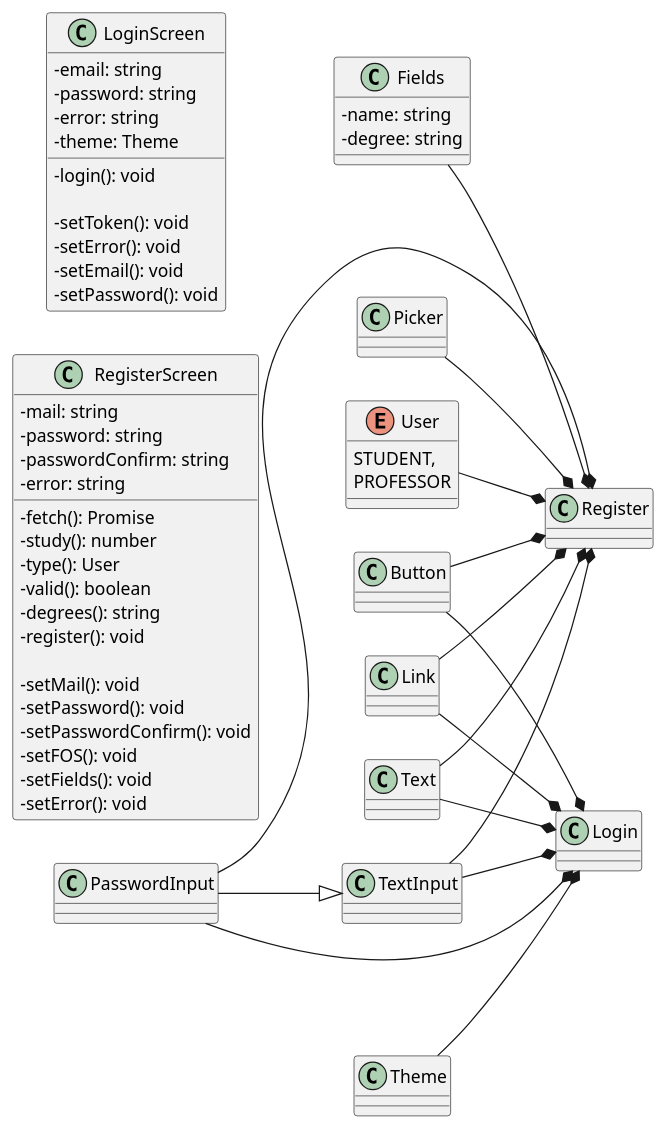
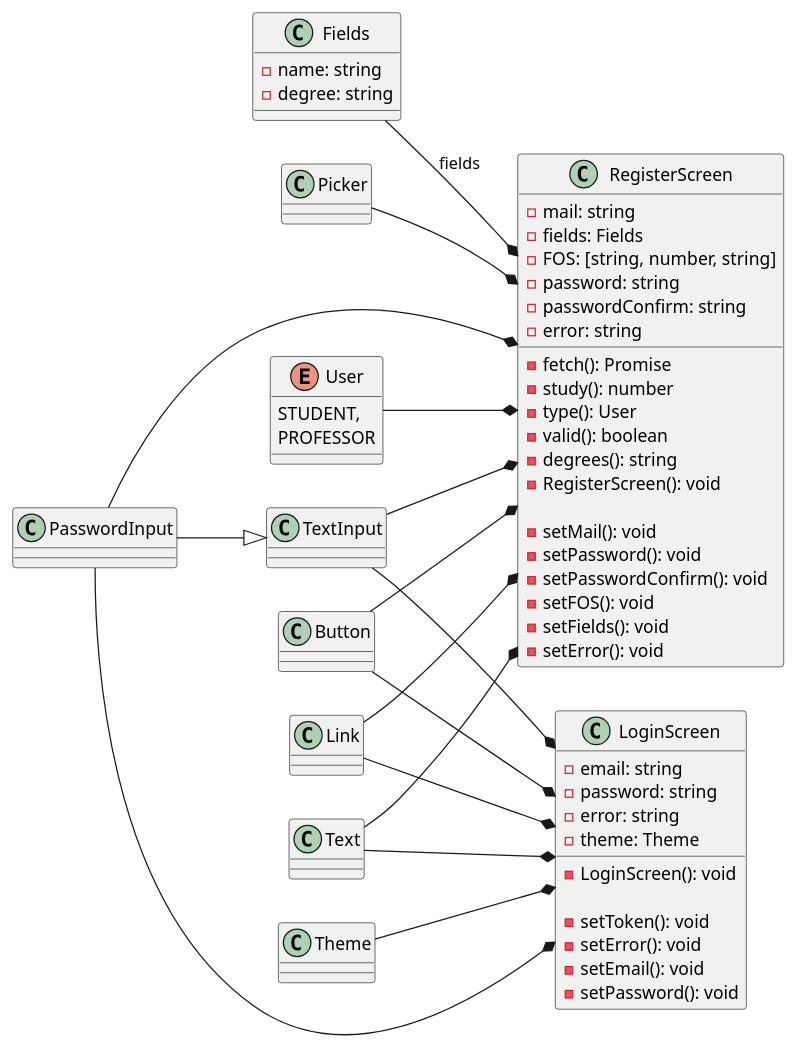
Before and after one commit to Singh-Kiran-P/StuNet: the diagram in Diagrams/Class_Diagrams/Frontend_Diagrams/Auth.puml, drawn with PlantUML. The commit also changed 3 other files, not shown here.

Commit message:
Refactor frontend diagrams

```diff
--- a/Diagrams/Class_Diagrams/Frontend_Diagrams/Auth.puml
+++ b/Diagrams/Class_Diagrams/Frontend_Diagrams/Auth.puml
@@ -1,76 +1,77 @@
 @startuml Auth
-skinparam classAttributeIconSize 0
 left to right direction
 
 class Fields {
 	-name: string
 	-degree: string
 }
 
 class Picker
 class Button
 class TextInput
 class PasswordInput
 class Link
 class Text 
 enum User {
 	STUDENT,
 	PROFESSOR
 }
 
 class RegisterScreen {
 	-mail: string
+	-fields: Fields
+	-FOS: [string, number, string]
 	-password: string
 	-passwordConfirm: string
 	-error: string
 
 	-fetch(): Promise
 	-study(): number
 	-type(): User
 	-valid(): boolean
 	-degrees(): string
-	-register(): void
+	-RegisterScreen(): void
 
 	-setMail(): void
 	-setPassword(): void
 	-setPasswordConfirm(): void
 	-setFOS(): void
 	-setFields(): void
 	-setError(): void
 }
 
 class Theme
 class LoginScreen {
 	-email: string
 	-password: string
 	-error: string
 	-theme: Theme
 
-	-login(): void
+	-LoginScreen(): void
 	
 	-setToken(): void
 	-setError(): void
 	-setEmail(): void
 	-setPassword(): void
 }
 
-Text --* Login
-Text --* Register
+Text --* LoginScreen
+Text --* RegisterScreen
 
-Theme --* Login
+Theme --* LoginScreen
 
-User --* Register
+User --* RegisterScreen
 
-TextInput --* Login
-Button --* Login
-Link --* Login
-PasswordInput --* Login
+TextInput --* LoginScreen
+Button --* LoginScreen
+Link --* LoginScreen
+PasswordInput --* LoginScreen
 PasswordInput --|> TextInput
 
-TextInput --* Register
-PasswordInput --* Register
-Link --* Register
-Button --* Register
-Fields --* Register
-Picker --* Register
+TextInput --* RegisterScreen
+PasswordInput --* RegisterScreen
+Link --* RegisterScreen
+Button --* RegisterScreen
+Fields --* RegisterScreen: fields
+Picker --* RegisterScreen
 @enduml
```
